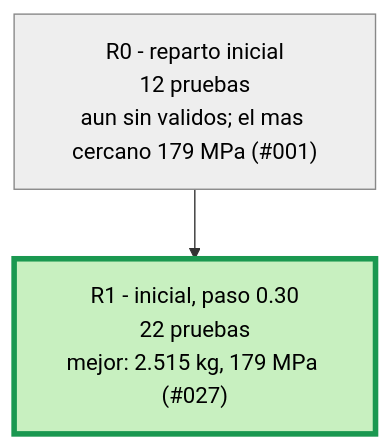
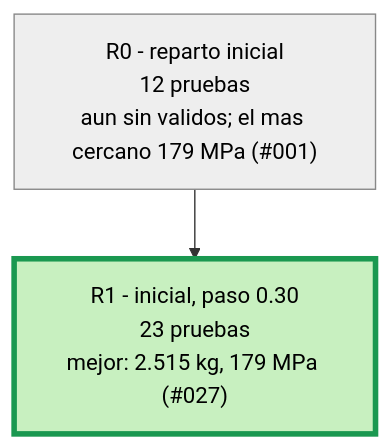
Before and after one commit to Hugiko/msd-soporte-optimizacion: the second of 3 diagrams in runs/opt_37800N/ARBOL.md, drawn with Mermaid. The commit also changed 14 other files, not shown here.

````diff
--- a/runs/opt_37800N/ARBOL.md
+++ b/runs/opt_37800N/ARBOL.md
@@ -21,9 +21,9 @@
 ```mermaid
 graph TD
 classDef activa fill:#d6eaff,stroke:#1f6fb5,color:#000
 classDef fin fill:#eeeeee,stroke:#888,color:#000
 classDef mejor fill:#c8f0c0,stroke:#1a9850,stroke-width:4px,color:#000
 R0["R0 - reparto inicial<br/>12 pruebas<br/>aun sin validos; el mas cercano 179 MPa (#001)"]:::fin
-R1["R1 - inicial, paso 0.30<br/>22 pruebas<br/>mejor: 2.515 kg, 179 MPa (#027)"]:::mejor
+R1["R1 - inicial, paso 0.30<br/>23 pruebas<br/>mejor: 2.515 kg, 179 MPa (#027)"]:::mejor
 R0 --> R1
 ```
````
